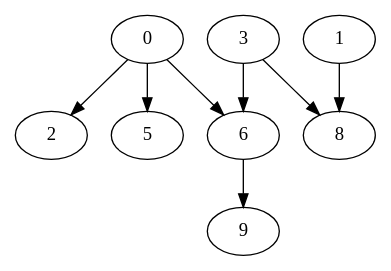
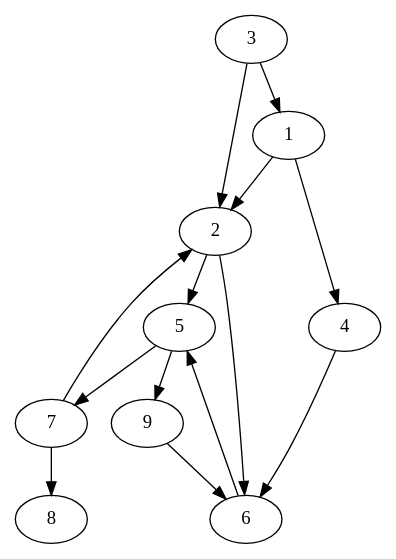
Before and after one commit to AsierDelCidPerez/formacion-oic: the diagram in grafo.dot, drawn with Graphviz. The commit also changed 22 other files, not shown here.

```diff
--- a/grafo.dot
+++ b/grafo.dot
@@ -1,9 +1,15 @@
 digraph G {
- 0->2
-0->5
-0->6
-1->8
-3->6
-3->8
-6->9
+    1->2
+    3->1
+    1->4
+    3->2
+    2->5
+    4->6
+    6->5
+    5->7
+    7->2
+    2->6
+    7->8
+    5->9
+    9->6
 }
```
